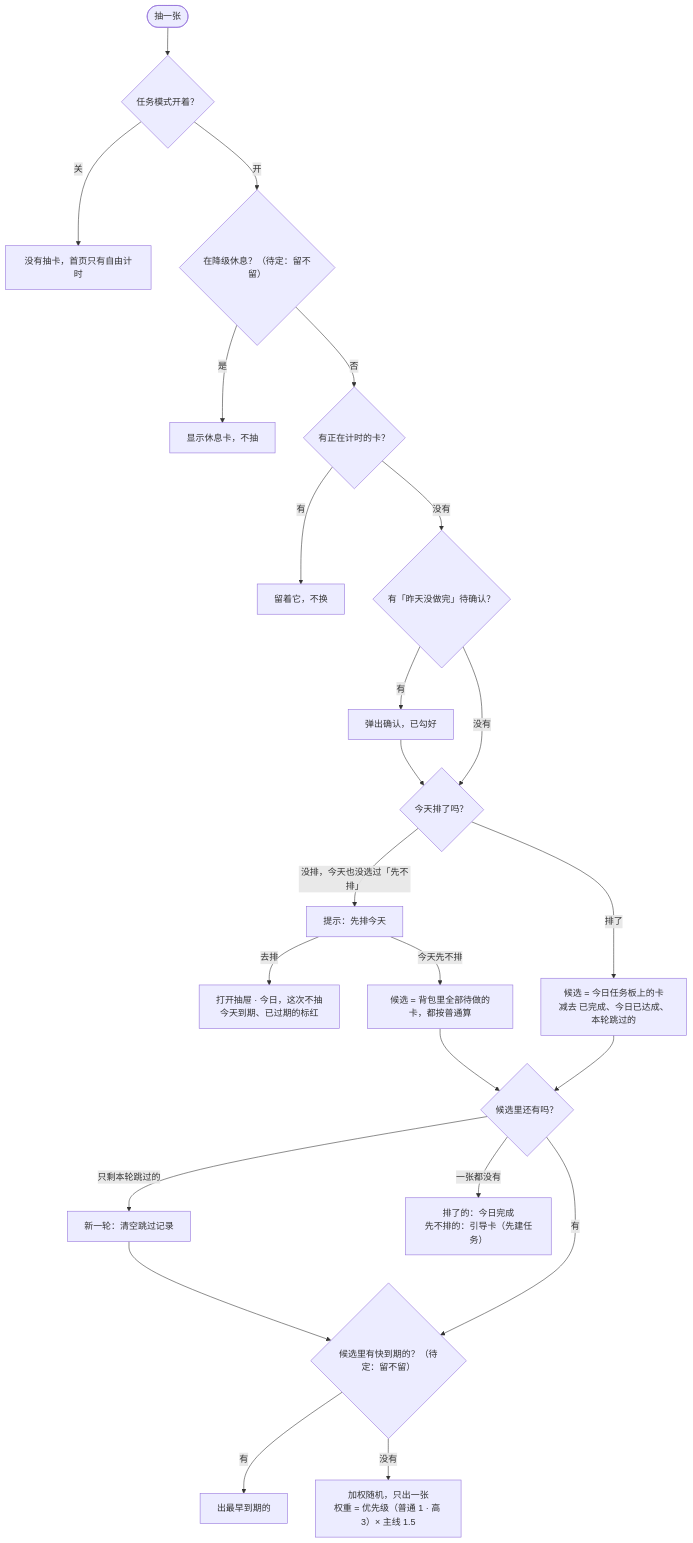
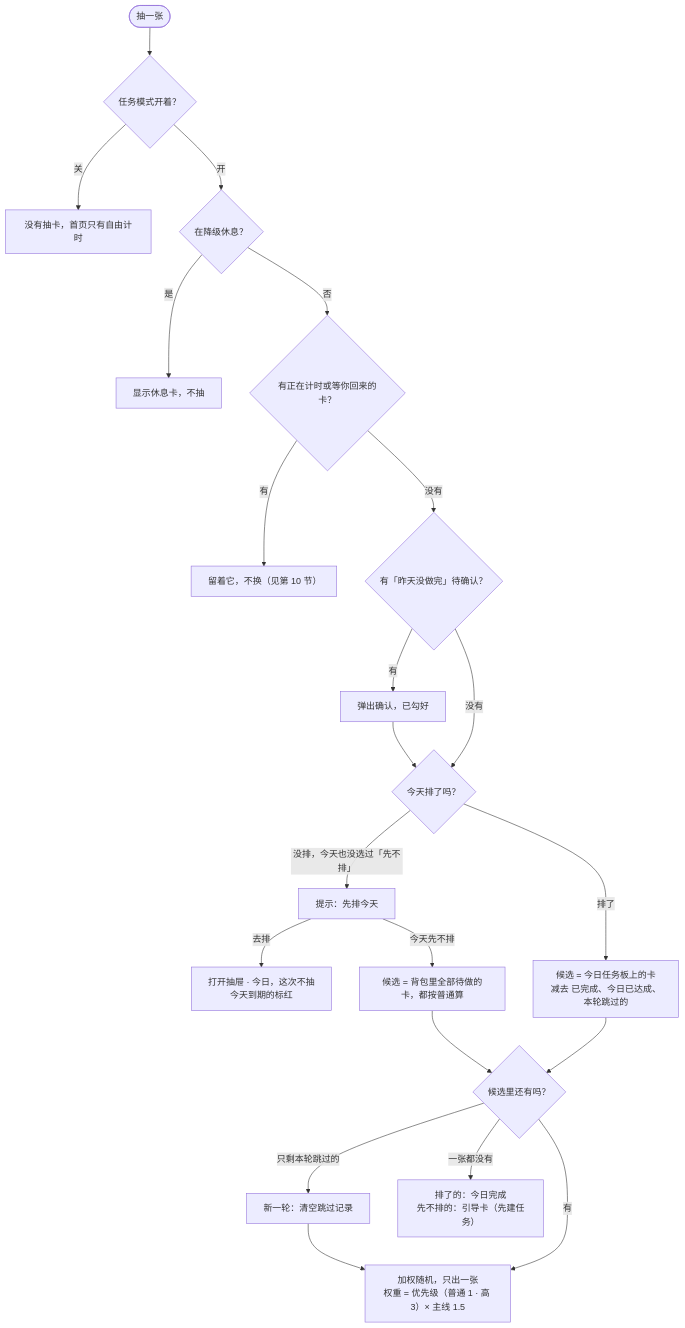
Before and after one commit to kai-wei-kfuse/monorail: the second of 8 diagrams in docs/stages/0.3.1-flows.md, drawn with Mermaid. The commit also changed other lines of this file and 1 other file, not shown here.

````diff
--- a/docs/stages/0.3.1-flows.md
+++ b/docs/stages/0.3.1-flows.md
@@ -39,23 +39,21 @@
 ```mermaid
 flowchart TD
   S(["抽一张"]) --> M{"任务模式开着？"}
   M -->|"关"| M0["没有抽卡，首页只有自由计时"]
-  M -->|"开"| R{"在降级休息？（待定：留不留）"}
+  M -->|"开"| R{"在降级休息？"}
   R -->|"是"| R0["显示休息卡，不抽"]
-  R -->|"否"| K{"有正在计时的卡？"}
-  K -->|"有"| K0["留着它，不换"]
+  R -->|"否"| K{"有正在计时或等你回来的卡？"}
+  K -->|"有"| K0["留着它，不换（见第 10 节）"]
   K -->|"没有"| C{"有「昨天没做完」待确认？"}
   C -->|"有"| C1["弹出确认，已勾好"] --> P
   C -->|"没有"| P{"今天排了吗？"}
   P -->|"没排，今天也没选过「先不排」"| P1["提示：先排今天"]
-  P1 -->|"去排"| P2["打开抽屉 · 今日，这次不抽<br/>今天到期、已过期的标红"]
+  P1 -->|"去排"| P2["打开抽屉 · 今日，这次不抽<br/>今天到期的标红"]
   P1 -->|"今天先不排"| W["候选 = 背包里全部待做的卡，都按普通算"]
   P -->|"排了"| Y["候选 = 今日任务板上的卡<br/>减去 已完成、今日已达成、本轮跳过的"]
   W --> Q
   Y --> Q{"候选里还有吗？"}
-  Q -->|"只剩本轮跳过的"| Q1["新一轮：清空跳过记录"] --> U
-  Q -->|"有"| U{"候选里有快到期的？（待定：留不留）"}
+  Q -->|"只剩本轮跳过的"| Q1["新一轮：清空跳过记录"] --> G
+  Q -->|"有"| G["加权随机，只出一张<br/>权重 = 优先级（普通 1 · 高 3）× 主线 1.5"]
   Q -->|"一张都没有"| Z["排了的：今日完成<br/>先不排的：引导卡（先建任务）"]
-  U -->|"有"| U1["出最早到期的"]
-  U -->|"没有"| G["加权随机，只出一张<br/>权重 = 优先级（普通 1 · 高 3）× 主线 1.5"]
 ```
````
